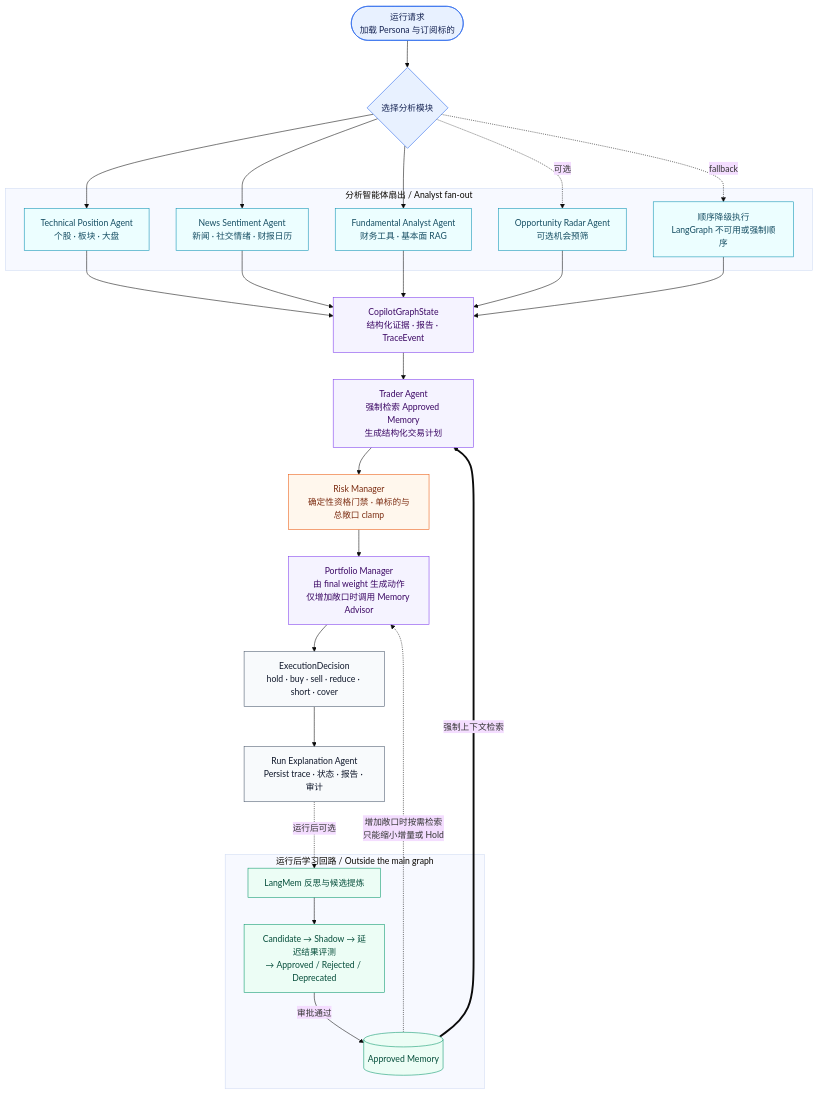
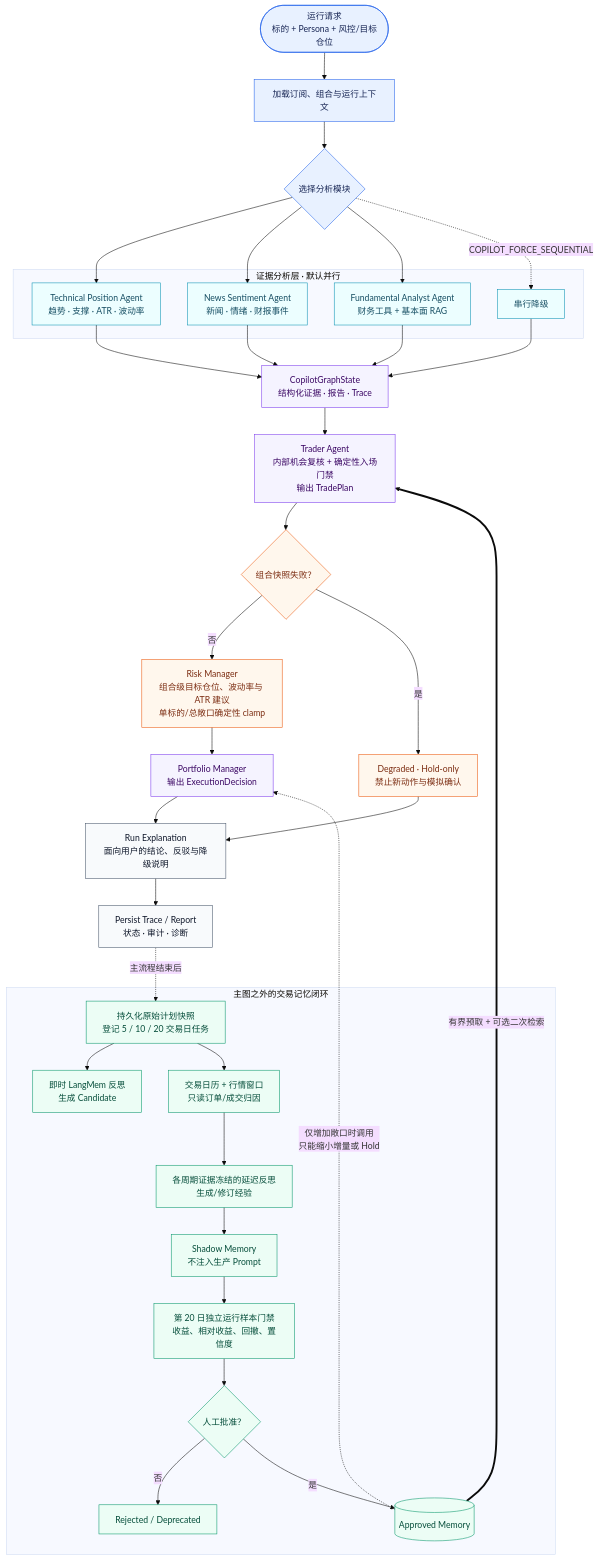
One commit to zhouziyue222/ai-trading-copilot changed the second of 2 diagrams in README.md. Above: the diagram before and after it, drawn with Mermaid (base theme). The commit also changed other lines of this file and 76 other files, not shown here.

````diff
--- a/README.md
+++ b/README.md
@@ -136,55 +123,65 @@
 ```mermaid
 flowchart TB
-  START(["运行请求<br/>加载 Persona 与订阅标的"]) --> ROUTE{"选择分析模块"}
+  START(["运行请求<br/>标的 + Persona + 风控/目标仓位"]) --> LOAD["加载订阅、组合与运行上下文"]
+  LOAD --> FANOUT{"选择分析模块"}
 
-  subgraph Fanout["分析智能体扇出 / Analyst fan-out"]
-    TECH["Technical Position Agent<br/>个股 · 板块 · 大盘"]
-    NEWS["News Sentiment Agent<br/>新闻 · 社交情绪 · 财报日历"]
-    FUND["Fundamental Analyst Agent<br/>财务工具 · 基本面 RAG"]
-    RADAR["Opportunity Radar Agent<br/>可选机会预筛"]
-    SEQ["顺序降级执行<br/>LangGraph 不可用或强制顺序"]
+  subgraph Analysts["证据分析层 · 默认并行"]
+    TECH["Technical Position Agent<br/>趋势 · 支撑 · ATR · 波动率"]
+    NEWS["News Sentiment Agent<br/>新闻 · 情绪 · 财报事件"]
+    FUND["Fundamental Analyst Agent<br/>财务工具 + 基本面 RAG"]
+    SERIAL["串行降级"]
   end
 
-  ROUTE --> TECH
-  ROUTE --> NEWS
-  ROUTE --> FUND
-  ROUTE -. "可选" .-> RADAR
-  ROUTE -. "fallback" .-> SEQ
+  FANOUT --> TECH
+  FANOUT --> NEWS
+  FANOUT --> FUND
+  FANOUT -. "COPILOT_FORCE_SEQUENTIAL" .-> SERIAL
+  TECH --> STATE["CopilotGraphState<br/>结构化证据 · 报告 · Trace"]
+  NEWS --> STATE
+  FUND --> STATE
+  SERIAL --> STATE
 
-  TECH --> EVIDENCE["CopilotGraphState<br/>结构化证据 · 报告 · TraceEvent"]
-  NEWS --> EVIDENCE
-  FUND --> EVIDENCE
-  RADAR --> EVIDENCE
-  SEQ --> EVIDENCE
+  APPROVED[("Approved Memory")] ==>|"有界预取 + 可选二次检索"| TRADER
+  STATE --> TRADER["Trader Agent<br/>内部机会复核 + 确定性入场门禁<br/>输出 TradePlan"]
+  TRADER --> PORTFOLIO_FAIL{"组合快照失败？"}
+  PORTFOLIO_FAIL -->|"否"| RISK["Risk Manager<br/>组合级目标仓位、波动率与 ATR 建议<br/>单标的/总敞口确定性 clamp"]
+  PORTFOLIO_FAIL -->|"是"| HOLD["Degraded · Hold-only<br/>禁止新动作与模拟确认"]
+  RISK --> PM["Portfolio Manager<br/>输出 ExecutionDecision"]
+  APPROVED -. "仅增加敞口时调用<br/>只能缩小增量或 Hold" .-> PM
+  PM --> EXPLAIN["Run Explanation<br/>面向用户的结论、反驳与降级说明"]
+  HOLD --> EXPLAIN
+  EXPLAIN --> PERSIST["Persist Trace / Report<br/>状态 · 审计 · 诊断"]
 
-  EVIDENCE --> TRADER["Trader Agent<br/>强制检索 Approved Memory<br/>生成结构化交易计划"]
-  TRADER --> RISK["Risk Manager<br/>确定性资格门禁 · 单标的与总敞口 clamp"]
-  RISK --> PM["Portfolio Manager<br/>由 final weight 生成动作<br/>仅增加敞口时调用 Memory Advisor"]
-  PM --> DECISION["ExecutionDecision<br/>hold · buy · sell · reduce · short · cover"]
-  DECISION --> OUTPUT["Run Explanation Agent<br/>Persist trace · 状态 · 报告 · 审计"]
-
-  subgraph Learning["运行后学习回路 / Outside the main graph"]
-    REFLECT["LangMem 反思与候选提炼"]
-    LIFECYCLE["Candidate → Shadow → 延迟结果评测<br/>→ Approved / Rejected / Deprecated"]
-    APPROVED[("Approved Memory")]
-    REFLECT --> LIFECYCLE
-    LIFECYCLE -->|"审批通过"| APPROVED
+  subgraph Learning["主图之外的交易记忆闭环"]
+    REGISTER["持久化原始计划快照<br/>登记 5 / 10 / 20 交易日任务"]
+    INSTANT["即时 LangMem 反思<br/>生成 Candidate"]
+    OBSERVE["交易日历 + 行情窗口<br/>只读订单/成交归因"]
+    REFLECT["各周期证据冻结的延迟反思<br/>生成/修订经验"]
+    SHADOW["Shadow Memory<br/>不注入生产 Prompt"]
+    EVAL["第 20 日独立运行样本门禁<br/>收益、相对收益、回撤、置信度"]
+    MANUAL{"人工批准？"}
+    REGISTER --> INSTANT
+    REGISTER --> OBSERVE
+    OBSERVE --> REFLECT
+    REFLECT --> SHADOW
+    SHADOW --> EVAL
+    EVAL --> MANUAL
+    MANUAL -->|"否"| CLOSED["Rejected / Deprecated"]
+    MANUAL -->|"是"| APPROVED
   end
 
-  OUTPUT -. "运行后可选" .-> REFLECT
-  APPROVED ==>|"强制上下文检索"| TRADER
-  APPROVED -. "增加敞口时按需检索<br/>只能缩小增量或 Hold" .-> PM
+  PERSIST -. "主流程结束后" .-> REGISTER
 
   classDef input fill:#e8f1ff,stroke:#2563eb,color:#172554;
   classDef analyst fill:#ecfeff,stroke:#0891b2,color:#164e63;
   classDef decision fill:#f5f3ff,stroke:#7c3aed,color:#3b0764;
   classDef guard fill:#fff7ed,stroke:#ea580c,color:#7c2d12;
   classDef memory fill:#ecfdf5,stroke:#059669,color:#064e3b;
   classDef output fill:#f8fafc,stroke:#475569,color:#0f172a;
-  class START,ROUTE input;
-  class TECH,NEWS,FUND,RADAR,SEQ analyst;
-  class EVIDENCE,TRADER,PM decision;
-  class RISK guard;
-  class REFLECT,LIFECYCLE,APPROVED memory;
-  class DECISION,OUTPUT output;
+  class START,LOAD,FANOUT input;
+  class TECH,NEWS,FUND,SERIAL analyst;
+  class STATE,TRADER,PM decision;
+  class RISK,PORTFOLIO_FAIL,HOLD guard;
+  class REGISTER,INSTANT,OBSERVE,REFLECT,SHADOW,EVAL,MANUAL,APPROVED,CLOSED memory;
+  class EXPLAIN,PERSIST output;
 ```
````
